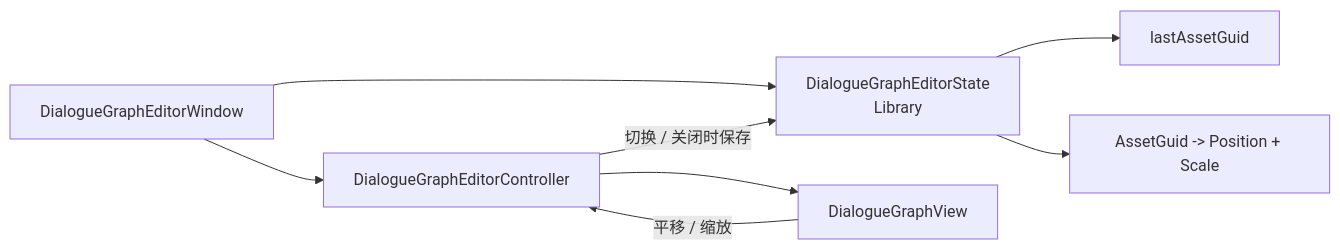
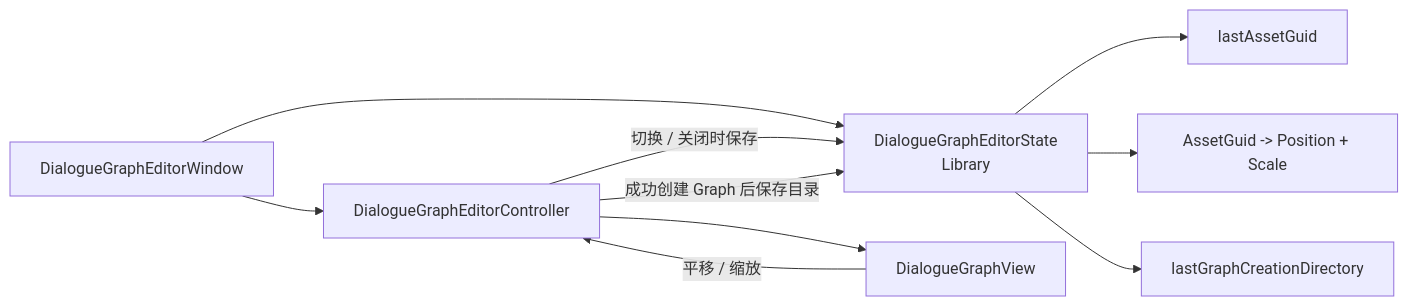
The seventh of 11 diagrams in Assets/Scripts/DialogueSystem/DialogueSystem_Requirements.md (Whitesheeeep/3DRPG), drawn with Mermaid before and after one commit. The commit also changed other lines of this file and 142 other files, not shown here.

````diff
--- a/Assets/Scripts/DialogueSystem/DialogueSystem_Requirements.md
+++ b/Assets/Scripts/DialogueSystem/DialogueSystem_Requirements.md
@@ -558,10 +583,12 @@
 ```mermaid
 flowchart LR
     Window["DialogueGraphEditorWindow"] --> State["DialogueGraphEditorState\nLibrary"]
     State --> Last["lastAssetGuid"]
     State --> Viewports["AssetGuid -> Position + Scale"]
+    State --> CreateFolder["lastGraphCreationDirectory"]
     Window --> Controller["DialogueGraphEditorController"]
     Controller --> Graph["DialogueGraphView"]
     Graph -->|"平移 / 缩放"| Controller
     Controller -->|"切换 / 关闭时保存"| State
+    Controller -->|"成功创建 Graph 后保存目录"| State
 ```
````
